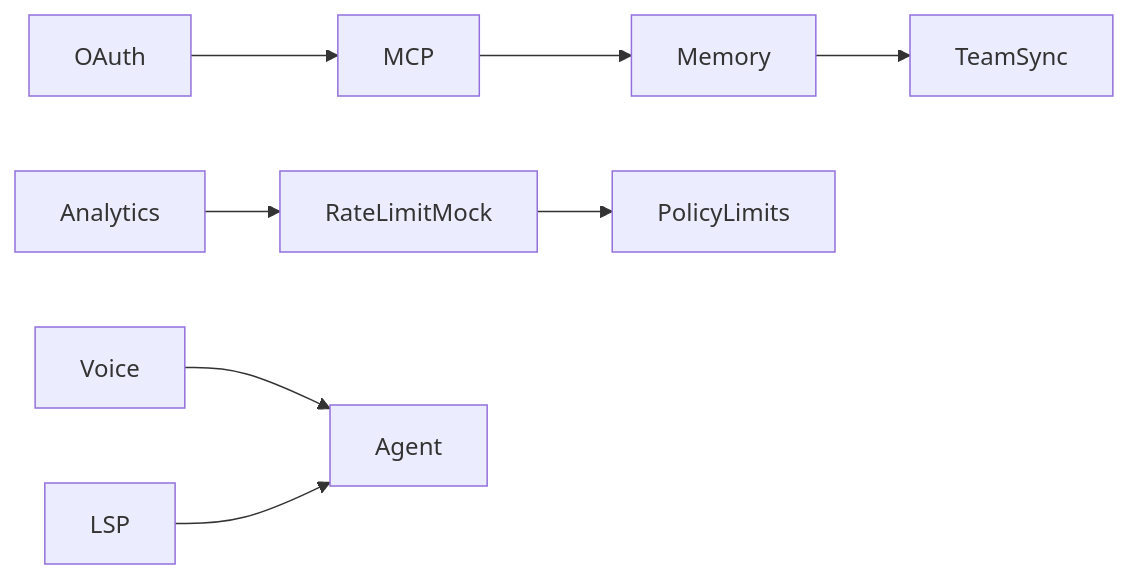
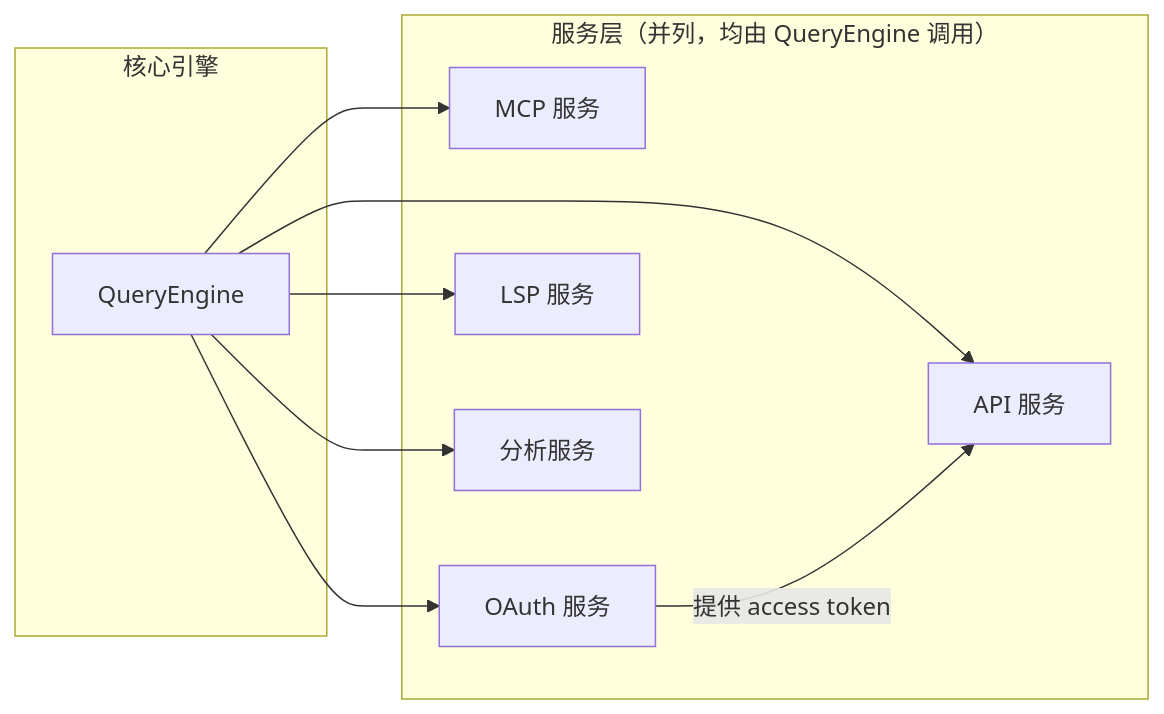
One commit to niuma996/claude-code-sourcemap-wiki changed the second of 2 diagrams in .nium-wiki/wiki/services/_index.md. Above: the diagram before and after it, drawn with Mermaid. The commit also changed other lines of this file and 1976 other files, not shown here.

````diff
--- a/.nium-wiki/wiki/services/_index.md
+++ b/.nium-wiki/wiki/services/_index.md
@@ -55,10 +126,19 @@
 ```mermaid
 flowchart LR
-    OAuth["OAuth"] --> MCP["MCP"]
-    MCP --> Memory["Memory"]
-    Memory --> TeamSync["TeamSync"]
-    Analytics --> RateLimit["RateLimitMock"]
-    RateLimit --> Policy["PolicyLimits"]
-    Voice --> Agent["Agent"]
-    LSP --> Agent
+    subgraph Core["核心引擎"]
+        Query["QueryEngine"]
+    end
+    subgraph Services["服务层（并列，均由 QueryEngine 调用）"]
+        API["API 服务"]
+        MCP["MCP 服务"]
+        OAuth["OAuth 服务"]
+        LSP["LSP 服务"]
+        Analytics["分析服务"]
+    end
+    Query --> API
+    Query --> MCP
+    Query --> OAuth
+    Query --> LSP
+    Query --> Analytics
+    OAuth -->|"提供 access token"| API
 ```
````
